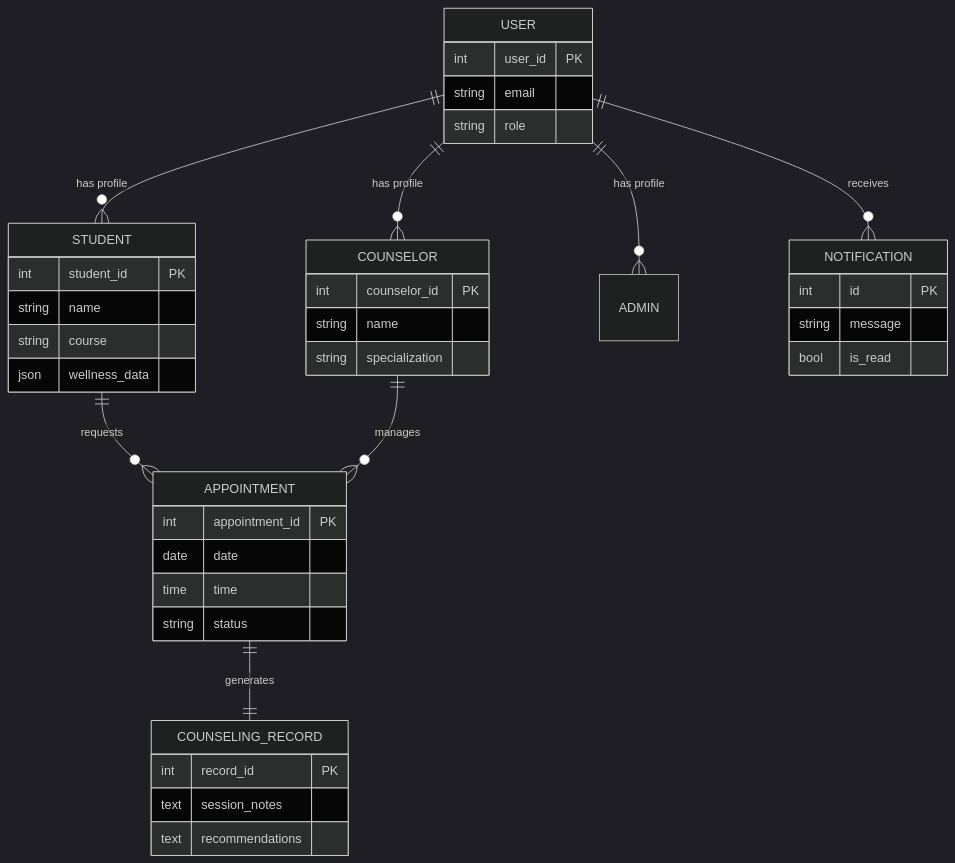
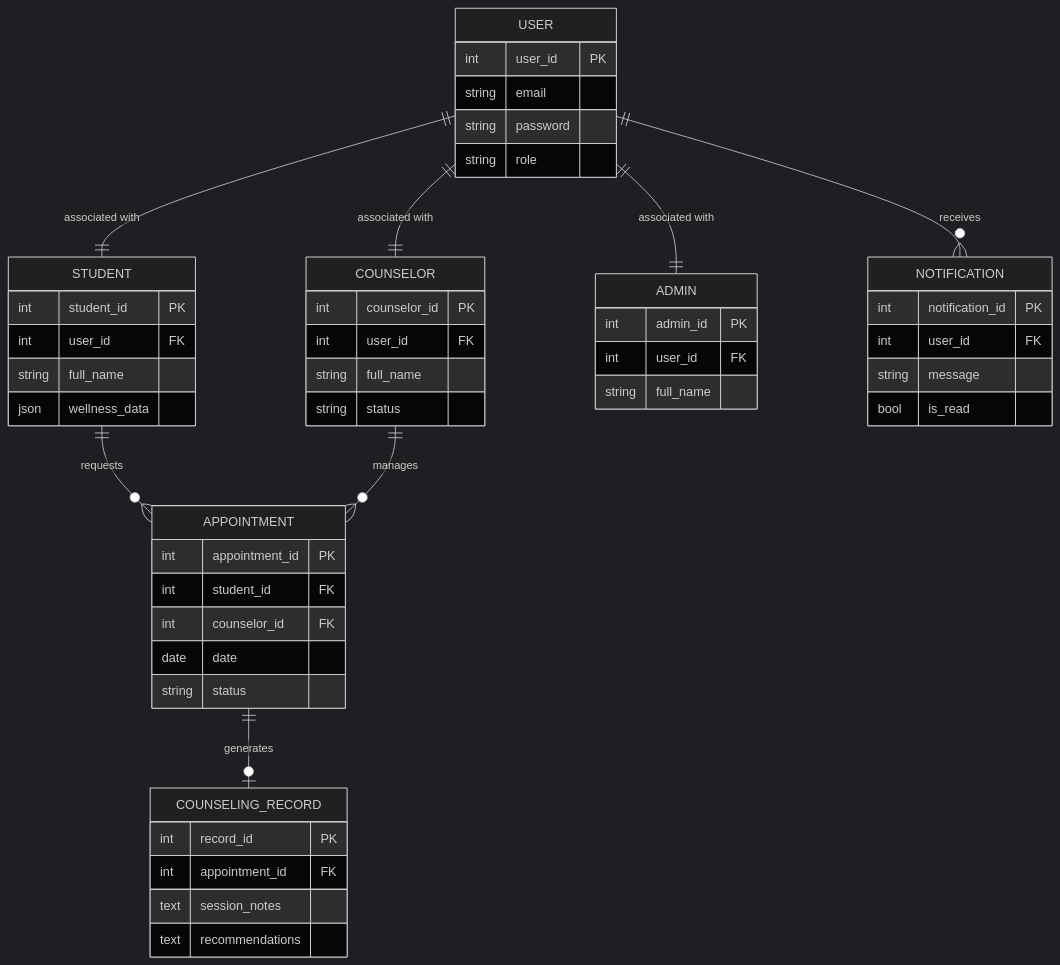
Before and after one commit to JAPEE45/GuidanceCounselingMS: the diagram in OUTPUT/erd.mermaid, drawn with Mermaid (dark theme). The commit also changed 43 other files, not shown here.

```diff
--- a/OUTPUT/erd.mermaid
+++ b/OUTPUT/erd.mermaid
@@ -1,51 +1,69 @@
 erDiagram
-    %% Research Standard: Crow's Foot Notation
-    %% Entities
-    USER ||--o{ STUDENT : "has profile"
-    USER ||--o{ COUNSELOR : "has profile"
-    USER ||--o{ ADMIN : "has profile"
-    
-    STUDENT ||--o{ APPOINTMENT : "requests"
-    COUNSELOR ||--o{ APPOINTMENT : "manages"
-    
-    APPOINTMENT ||--|| COUNSELING_RECORD : "generates"
-    USER ||--o{ NOTIFICATION : "receives"
-
-    %% Attributes (Simplified for Readability)
+    %% ENTITIES
     USER {
         int user_id PK
         string email
+        string password
         string role
     }
 
     STUDENT {
         int student_id PK
-        string name
-        string course
+        int user_id FK
+        string full_name
         json wellness_data
     }
 
     COUNSELOR {
         int counselor_id PK
-        string name
-        string specialization
+        int user_id FK
+        string full_name
+        string status
+    }
+
+    ADMIN {
+        int admin_id PK
+        int user_id FK
+        string full_name
     }
 
     APPOINTMENT {
         int appointment_id PK
+        int student_id FK
+        int counselor_id FK
         date date
-        time time
         string status
     }
 
     COUNSELING_RECORD {
         int record_id PK
+        int appointment_id FK
         text session_notes
         text recommendations
     }
 
     NOTIFICATION {
-        int id PK
+        int notification_id PK
+        int user_id FK
         string message
         bool is_read
     }
+
+    %% RELATIONSHIPS (STRICT CARDINALITY)
+    
+    %% 1-to-1: One User Account IS exactly one Student/Counselor/Admin Profile
+    USER ||--|| STUDENT : "associated with"
+    USER ||--|| COUNSELOR : "associated with"
+    USER ||--|| ADMIN : "associated with"
+
+    %% 1-to-Many: One Student can request MANY Appointments
+    STUDENT ||--o{ APPOINTMENT : "requests"
+
+    %% 1-to-Many: One Counselor manages MANY Appointments
+    COUNSELOR ||--o{ APPOINTMENT : "manages"
+
+    %% 1-to-0/1: An Appointment MAY have ONE Record (if finished), or ZERO (if pending)
+    APPOINTMENT ||--o| COUNSELING_RECORD : "generates"
+
+    %% 1-to-Many: User receives MANY Notifications
+    USER ||--o{ NOTIFICATION : "receives"
```
